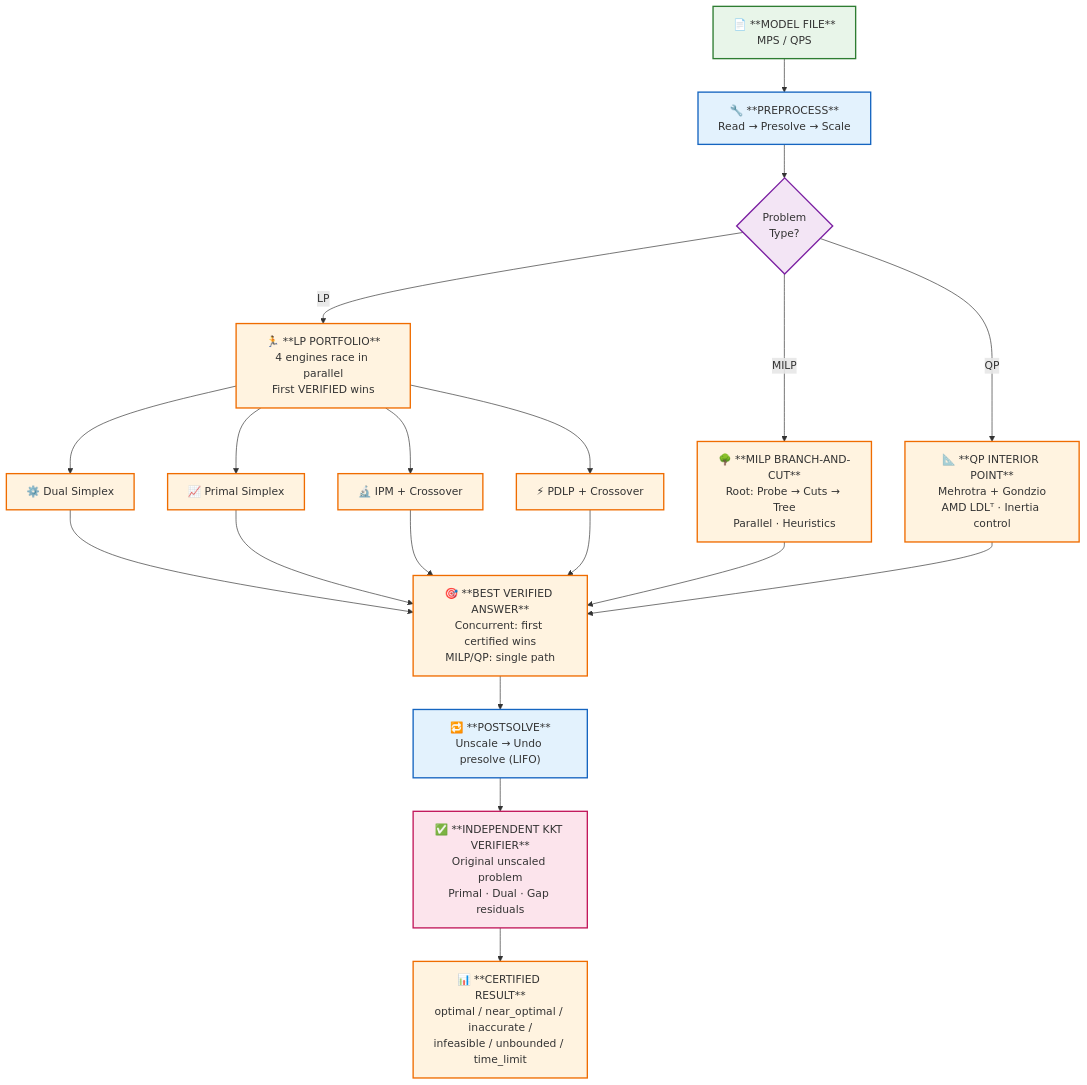
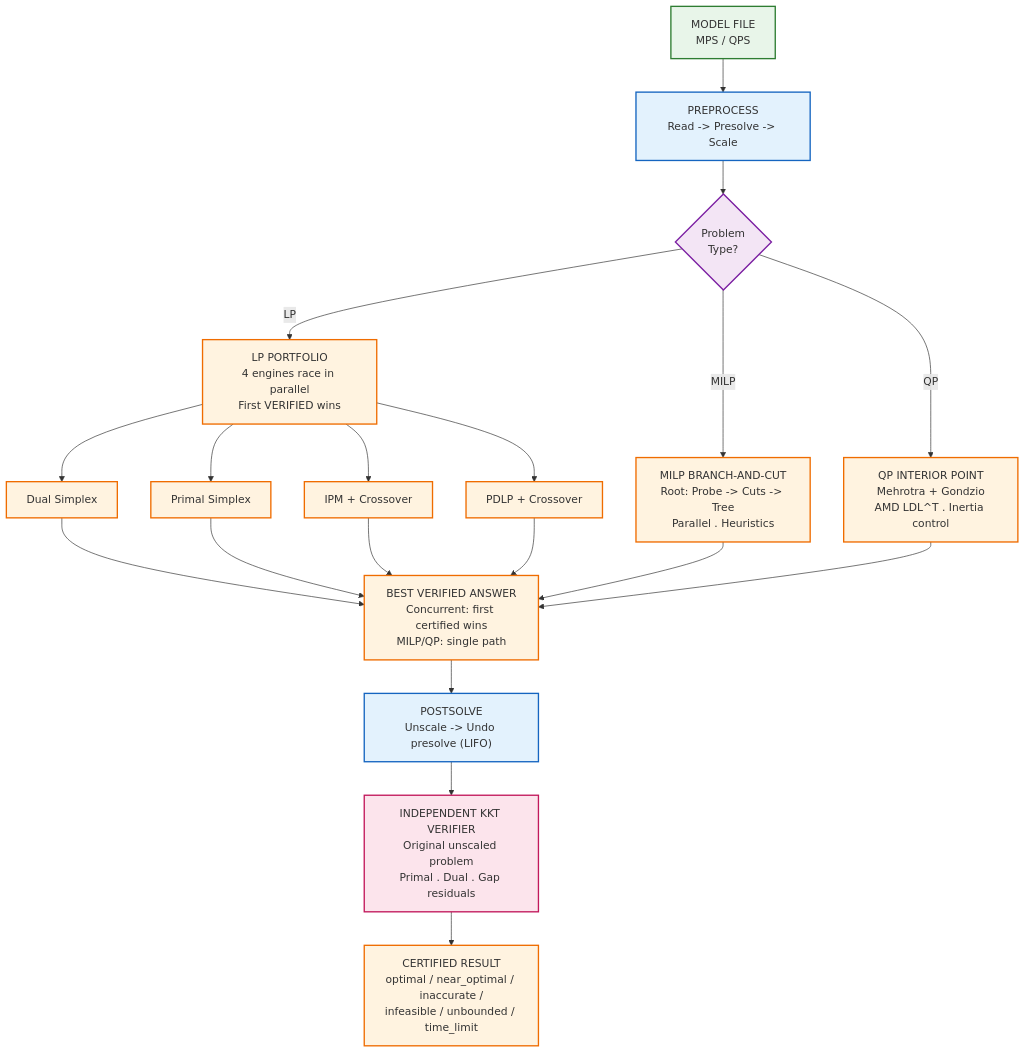
One commit to TANESHDEVHARE/Team-Suprema changed the third of 10 diagrams in README.md. Above: the diagram before and after it, drawn with Mermaid.

Commit message:
Process for Implementation

````diff
--- a/README.md
+++ b/README.md
@@ -226,68 +226,68 @@
 ```mermaid
 flowchart TD
     %% Input
-    IN["📄 **MODEL FILE**\nMPS / QPS"]
+    IN["MODEL FILE\nMPS / QPS"]
     
     %% Preprocessing (shared)
-    PRE["🔧 **PREPROCESS**\nRead → Presolve → Scale"]
+    PRE["PREPROCESS\nRead -> Presolve -> Scale"]
     
     %% Problem type dispatch
     TYPE{"Problem\nType?"}
     
     %% LP Path (portfolio)
-    LP["🏃 **LP PORTFOLIO**\n4 engines race in parallel\nFirst VERIFIED wins"]
-    LP1["⚙️ Dual Simplex"]
-    LP2["📈 Primal Simplex"]
-    LP3["🔬 IPM + Crossover"]
-    LP4["⚡ PDLP + Crossover"]
+    LP["LP PORTFOLIO\n4 engines race in parallel\nFirst VERIFIED wins"]
+    LP1["Dual Simplex"]
+    LP2["Primal Simplex"]
+    LP3["IPM + Crossover"]
+    LP4["PDLP + Crossover"]
     
     %% MILP Path
-    MILP["🌳 **MILP BRANCH-AND-CUT**\nRoot: Probe → Cuts → Tree\nParallel · Heuristics"]
+    MILP["MILP BRANCH-AND-CUT\nRoot: Probe -> Cuts -> Tree\nParallel . Heuristics"]
     
     %% QP Path
-    QP["📐 **QP INTERIOR POINT**\nMehrotra + Gondzio\nAMD LDLᵀ · Inertia control"]
+    QP["QP INTERIOR POINT\nMehrotra + Gondzio\nAMD LDL^T . Inertia control"]
     
     %% Convergence
-    CONVERGE["🎯 **BEST VERIFIED ANSWER**\nConcurrent: first certified wins\nMILP/QP: single path"]
+    CONVERGE["BEST VERIFIED ANSWER\nConcurrent: first certified wins\nMILP/QP: single path"]
     
     %% Postprocessing
-    POST["🔁 **POSTSOLVE**\nUnscale → Undo presolve (LIFO)"]
+    POST["POSTSOLVE\nUnscale -> Undo presolve (LIFO)"]
     
     %% Verification
-    VERIFY["✅ **INDEPENDENT KKT VERIFIER**\nOriginal unscaled problem\nPrimal · Dual · Gap residuals"]
+    VERIFY["INDEPENDENT KKT VERIFIER\nOriginal unscaled problem\nPrimal . Dual . Gap residuals"]
     
     %% Output
-    OUT["📊 **CERTIFIED RESULT**\noptimal / near_optimal / inaccurate /\ninfeasible / unbounded / time_limit"]
+    OUT["CERTIFIED RESULT\noptimal / near_optimal / inaccurate /\ninfeasible / unbounded / time_limit"]
     
     %% Flow
     IN --> PRE
     PRE --> TYPE
     TYPE -->|LP| LP
     TYPE -->|MILP| MILP
     TYPE -->|QP| QP
     
     LP --> LP1 & LP2 & LP3 & LP4
     LP1 & LP2 & LP3 & LP4 --> CONVERGE
     MILP --> CONVERGE
     QP --> CONVERGE
     
     CONVERGE --> POST
     POST --> VERIFY
     VERIFY --> OUT
     
     %% Styling
     classDef input fill:#e8f5e9,stroke:#2e7d32,stroke-width:2px
     classDef process fill:#e3f2fd,stroke:#1565c0,stroke-width:2px
     classDef engine fill:#fff3e0,stroke:#ef6c00,stroke-width:2px
     classDef verify fill:#fce4ec,stroke:#c2185b,stroke-width:2px
     classDef output fill:#fff3e0,stroke:#ef6c00,stroke-width:2px
     classDef decision fill:#f3e5f5,stroke:#7b1fa2,stroke-width:2px
     
     class IN input
     class PRE,POST process
     class LP,MILP,QP,CONVERGE engine
     class LP1,LP2,LP3,LP4 engine
     class VERIFY verify
     class OUT output
     class TYPE decision
 ```
````
